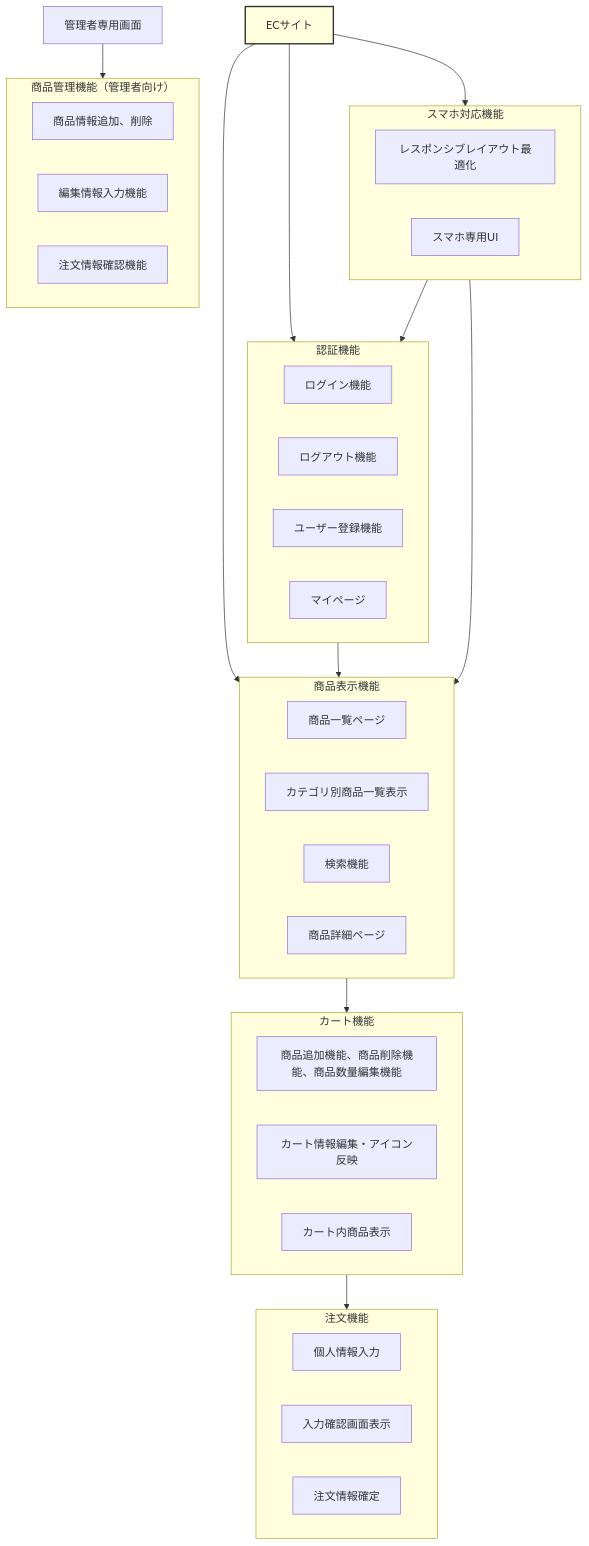
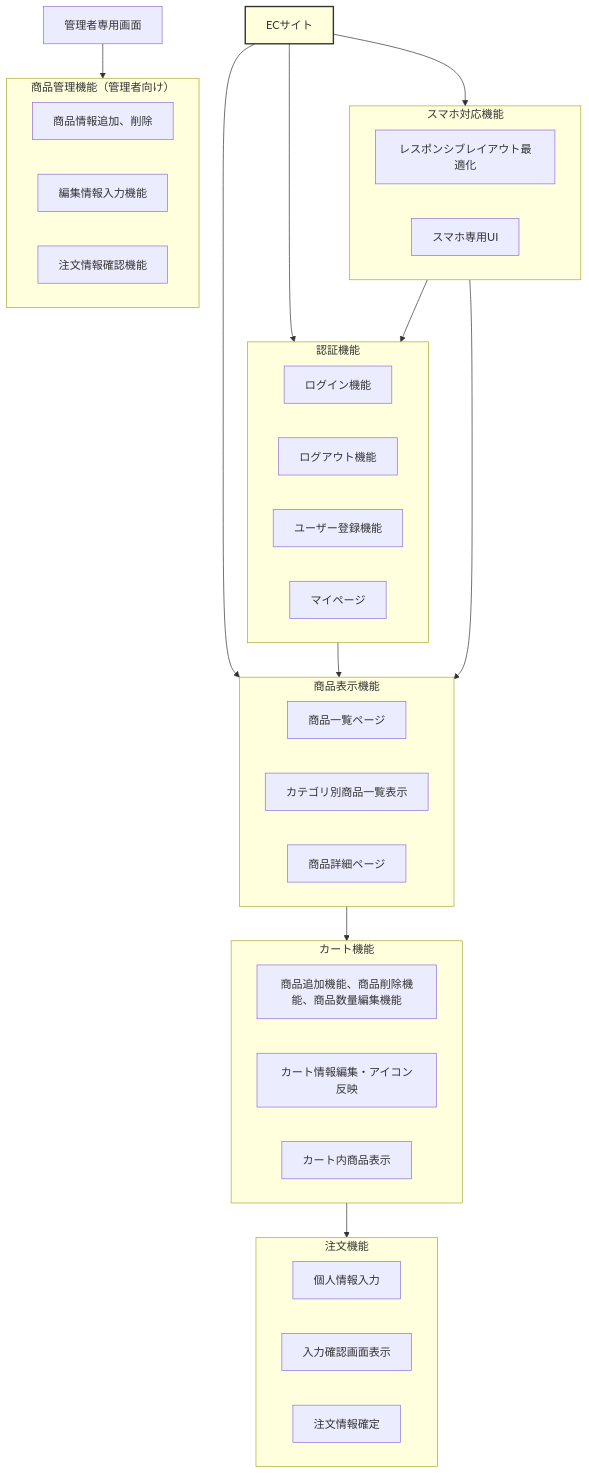
The first of 3 diagrams in 基本設計/B.md (YUKlT0/Equipe), drawn with Mermaid before and after one commit. The commit also changed other lines of this file, not shown here.

```diff
--- a/基本設計/B.md
+++ b/基本設計/B.md
@@ -32,57 +32,56 @@
 <div class="mermaid">
 graph TD
     A[ECサイト] --> B(認証機能)
     A --> C(商品表示機能)
     A --> F(スマホ対応機能)
     
 
     subgraph B[認証機能]
         B1[ログイン機能]
         B2[ログアウト機能]
         B3[ユーザー登録機能]
         B4[マイページ]
      end
 
     subgraph C[商品表示機能]
         C2[商品一覧ページ]
         C3[カテゴリ別商品一覧表示]
-        C4[検索機能]
         C5[商品詳細ページ]
     end
 
     subgraph D[カート機能]
         D1[商品追加機能、商品削除機能、商品数量編集機能]
         D2[カート情報編集・アイコン反映]
         D3[カート内商品表示]
     end
 
     subgraph E[注文機能]
         E1[個人情報入力]
         E2[入力確認画面表示]
         E3[注文情報確定]
     end
 
     subgraph F[スマホ対応機能]
         F1[レスポンシブレイアウト最適化]
         F2[スマホ専用UI]
     end
 
      %% 管理者機能を明示的に右下へ分離
     Z[管理者専用画面] --> G
 
     subgraph G[商品管理機能（管理者向け）]
         G1[商品情報追加、削除]
         G2[編集情報入力機能]
         G3[注文情報確認機能]
 
     end
 
     B --> C
     C --> D
     D --> E
     F --> B
     F --> C
     
 
     style A fill:#ffd,stroke:#333,stroke-width:2px
 </div>
```
